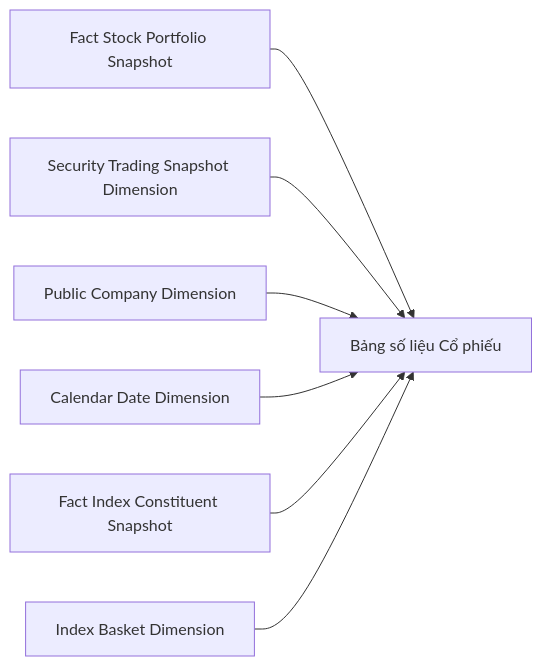
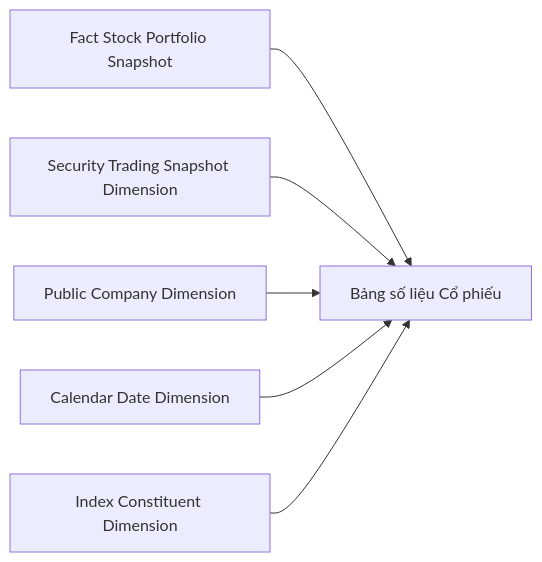
The fifth of 12 diagrams in Datamart/hld/DTM_GSTT_HLD.md (linhlvit/ubck_atomic_design), drawn with Mermaid before and after one commit. The commit also changed other lines of this file and 7 other files, not shown here.

````diff
--- a/Datamart/hld/DTM_GSTT_HLD.md
+++ b/Datamart/hld/DTM_GSTT_HLD.md
@@ -196,9 +239,8 @@
 ```mermaid
 flowchart LR
     F1["Fact Stock Portfolio Snapshot"] --> RPT1["Bảng số liệu Cổ phiếu"]
     D1["Security Trading Snapshot Dimension"] --> RPT1
     D2["Public Company Dimension"] --> RPT1
     D3["Calendar Date Dimension"] --> RPT1
-    F1b["Fact Index Constituent Snapshot"] --> RPT1
-    D4["Index Basket Dimension"] --> RPT1
+    D4["Index Constituent Dimension"] --> RPT1
 ```
````
